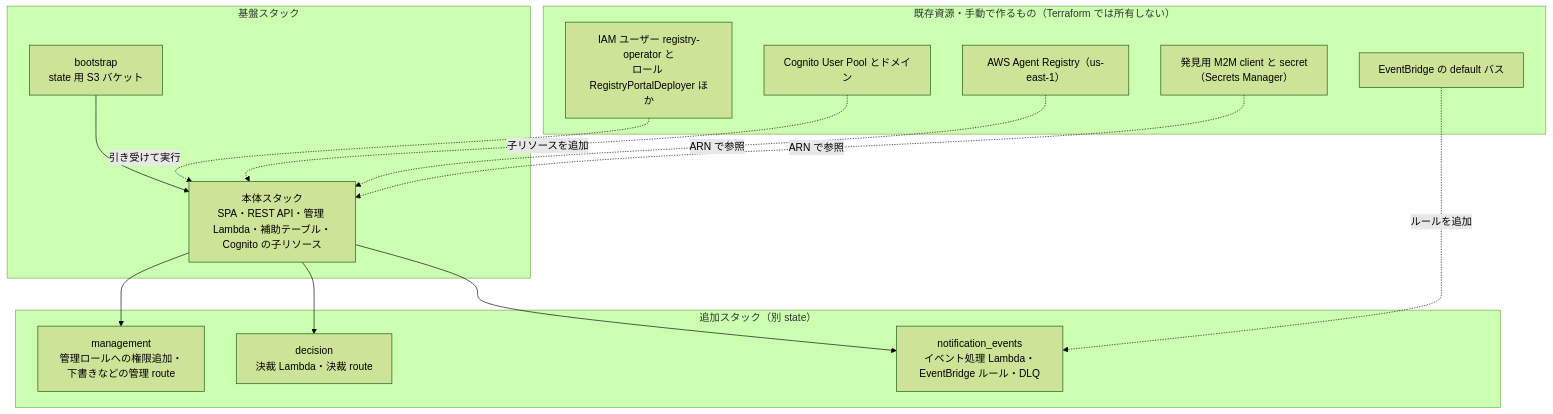
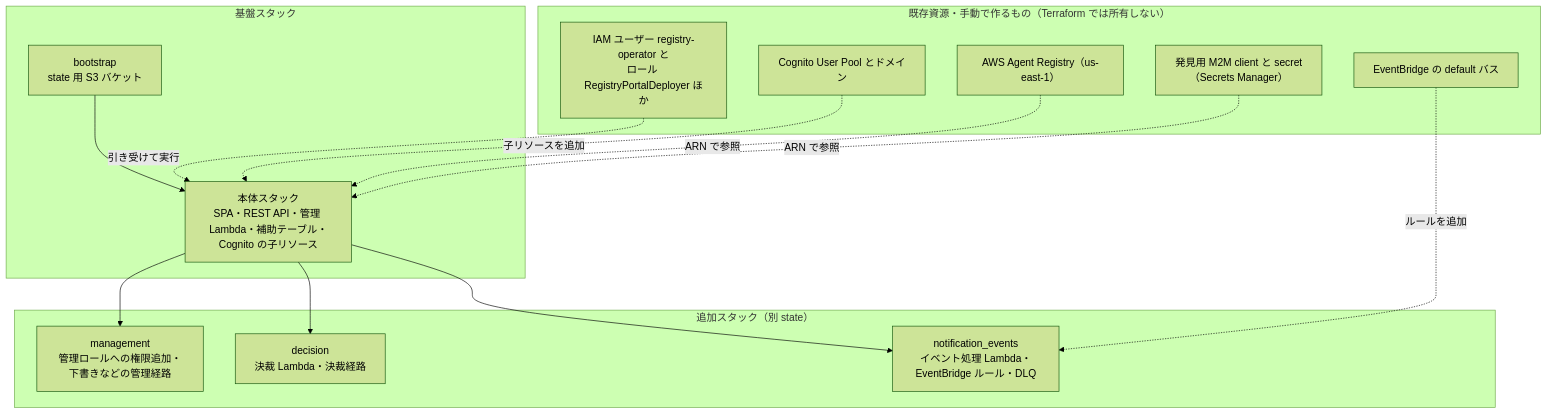
The diagram in docs/agents/registry-portal-terraform-guide-ja.md (JustinWangJP/sample-agentic-value-accelerator), drawn with Mermaid (forest theme) before and after one commit. The commit also changed other lines of this file and 2 other files, not shown here.

Commit message:
docs(registry): 運用ガイドと構成図を実装に合わせて更新

````diff
--- a/docs/agents/registry-portal-terraform-guide-ja.md
+++ b/docs/agents/registry-portal-terraform-guide-ja.md
@@ -48,31 +48,31 @@
 ```mermaid
 flowchart TB
   subgraph existing["既存資源・手動で作るもの（Terraform では所有しない）"]
     REG["AWS Agent Registry（us-east-1）"]
     POOL["Cognito User Pool とドメイン"]
     M2M["発見用 M2M client と secret（Secrets Manager）"]
     IAM["IAM ユーザー registry-operator と<br/>ロール RegistryPortalDeployer ほか"]
     BUS["EventBridge の default バス"]
   end
 
   subgraph base["基盤スタック"]
     STATE["bootstrap<br/>state 用 S3 バケット"]
     MAIN["本体スタック<br/>SPA・REST API・管理 Lambda・補助テーブル・Cognito の子リソース"]
   end
 
   subgraph addon["追加スタック（別 state）"]
-    MGMT["management<br/>管理ロールへの権限追加・下書きなどの管理 route"]
-    DEC["decision<br/>決裁 Lambda・決裁 route"]
+    MGMT["management<br/>管理ロールへの権限追加・下書きなどの管理経路"]
+    DEC["decision<br/>決裁 Lambda・決裁経路"]
     EVT["notification_events<br/>イベント処理 Lambda・EventBridge ルール・DLQ"]
   end
 
   STATE --> MAIN
   IAM -. 引き受けて実行 .-> MAIN
   MAIN --> MGMT
   MAIN --> DEC
   MAIN --> EVT
   POOL -. 子リソースを追加 .-> MAIN
   REG -. ARN で参照 .-> MAIN
   M2M -. ARN で参照 .-> MAIN
   BUS -. ルールを追加 .-> EVT
 ```
````
